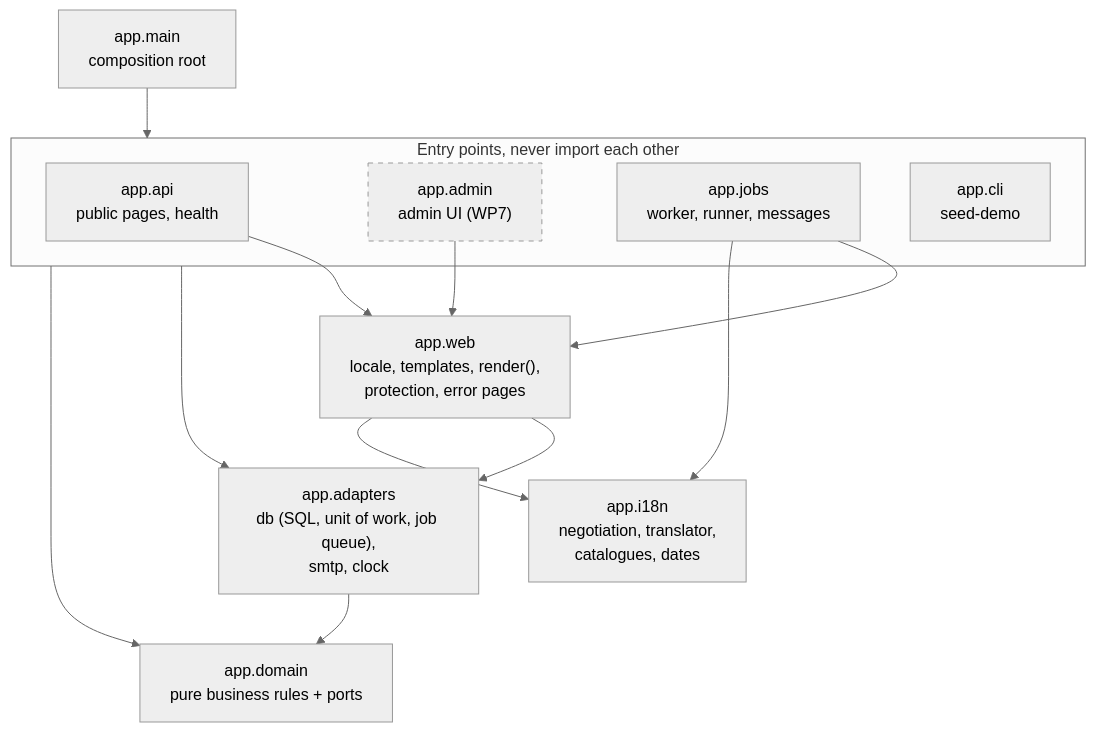
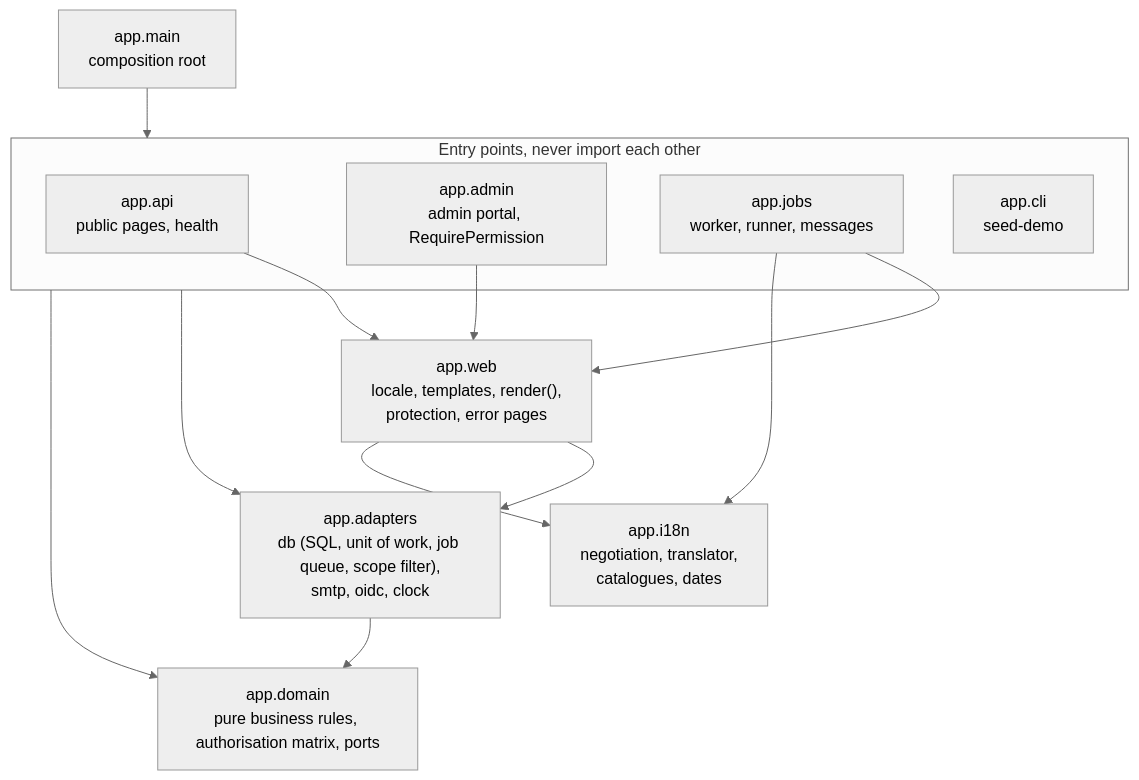
The third of 12 diagrams in docs/architecture.md (3Corners-Labs/OpenPlanner), drawn with Mermaid (neutral theme) before and after one commit. The commit also changed other lines of this file and 5 other files, not shown here.

Commit message:
docs: admin login and authorisation in threat model, dataflow, runbook and architecture

````diff
--- a/docs/architecture.md
+++ b/docs/architecture.md
@@ -115,30 +115,28 @@
 ```mermaid
 flowchart TB
     main["app.main<br/>composition root"]
 
     subgraph entry [Entry points, never import each other]
         api["app.api<br/>public pages, health"]
-        adminpkg["app.admin<br/>admin UI (WP7)"]
+        adminpkg["app.admin<br/>admin portal, RequirePermission"]
         jobs["app.jobs<br/>worker, runner, messages"]
         cli["app.cli<br/>seed-demo"]
     end
 
     web["app.web<br/>locale, templates, render(),<br/>protection, error pages"]
-    adapters["app.adapters<br/>db (SQL, unit of work, job queue),<br/>smtp, clock"]
-    domain["app.domain<br/>pure business rules + ports"]
+    adapters["app.adapters<br/>db (SQL, unit of work, job queue, scope filter),<br/>smtp, oidc, clock"]
+    domain["app.domain<br/>pure business rules, authorisation matrix, ports"]
     i18n["app.i18n<br/>negotiation, translator,<br/>catalogues, dates"]
 
     main --> entry
     api --> web
     adminpkg --> web
     jobs --> web
     entry --> adapters
     web --> adapters
     adapters --> domain
     entry --> domain
     web --> i18n
     jobs --> i18n
 
-    classDef planned stroke-dasharray: 5 5
-    class adminpkg planned
 ```
````
